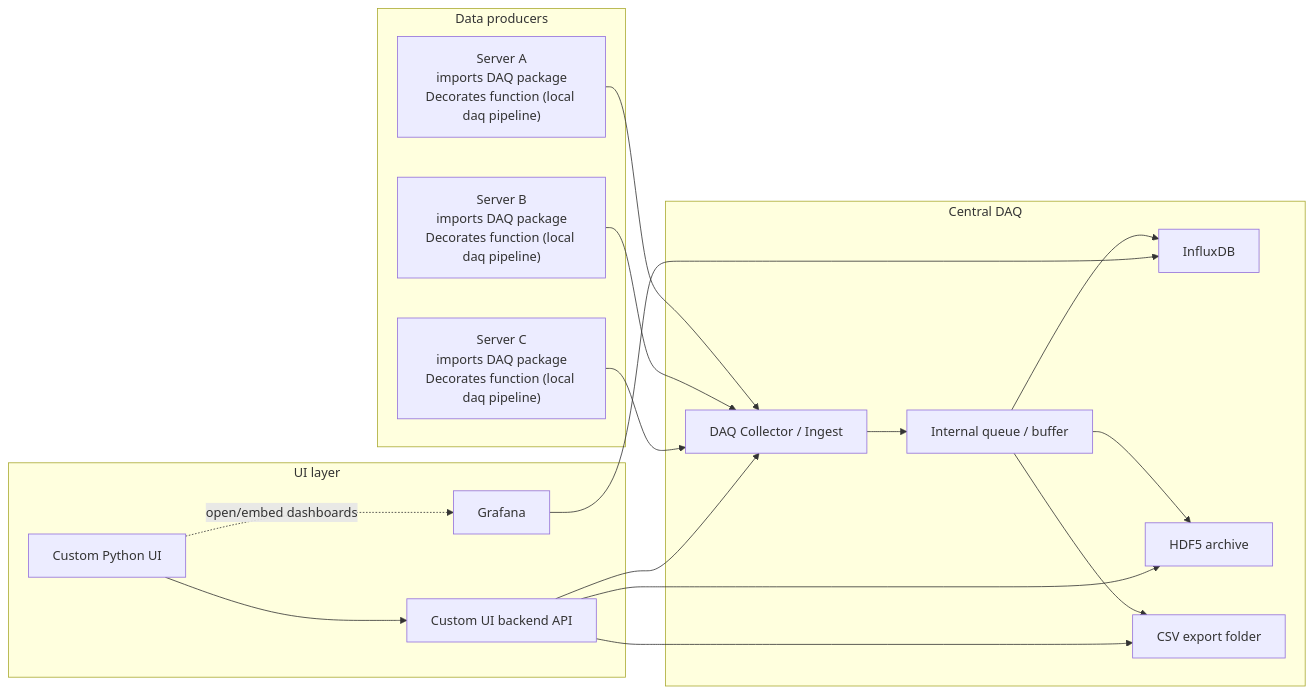
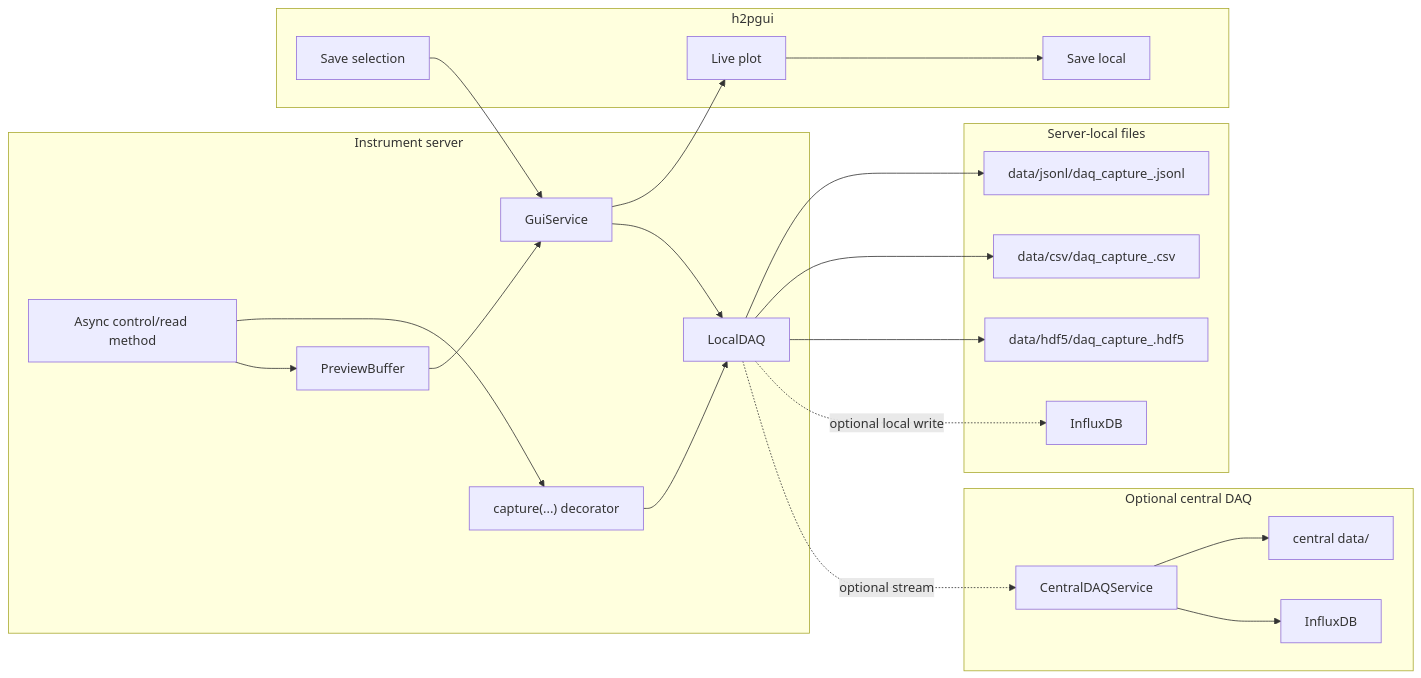
The diagram in README.md (iic201/h2pcontrol-daq), drawn with Mermaid before and after one commit. The commit also changed other lines of this file and 25 other files, not shown here.

````diff
--- a/README.md
+++ b/README.md
@@ -29,39 +231,42 @@
 ```mermaid
 flowchart LR
-    subgraph Producers["Data producers"]
-        S1["Server A<br/>imports DAQ package<br/>Decorates function (local daq pipeline)"]
-        S2["Server B<br/>imports DAQ package<br/>Decorates function (local daq pipeline)"]
-        S3["Server C<br/>imports DAQ package<br/>Decorates function (local daq pipeline)"]
+    subgraph Server["Instrument server"]
+        Method["Async control/read method"]
+        Capture["capture(...) decorator"]
+        Preview["PreviewBuffer"]
+        GuiSvc["GuiService"]
+        Local["LocalDAQ"]
     end
 
-    subgraph Core["Central DAQ"]
-        COL["DAQ Collector / Ingest"]
-        Q["Internal queue / buffer"]
-        IFX["InfluxDB"]
-        H5["HDF5 archive"]
-        CSV["CSV export folder"]
+    subgraph LocalFiles["Server-local files"]
+        JSONL["data/jsonl/daq_capture_<run_id>.jsonl"]
+        CSV["data/csv/daq_capture_<run_id>.csv"]
+        HDF5["data/hdf5/daq_capture_<run_id>.hdf5"]
+        LocalInflux["InfluxDB"]
     end
 
-    subgraph App["UI layer"]
-        API["Custom UI backend API"]
-        UI["Custom Python UI"]
-        G["Grafana"]
+    subgraph GUI["h2pgui"]
+        Plot["Live plot"]
+        LocalExport["Save local"]
+        RemoteSave["Save selection"]
     end
 
-    S1 --> COL
-    S2 --> COL
-    S3 --> COL
+    subgraph Central["Optional central DAQ"]
+        CentralSvc["CentralDAQService"]
+        CentralFiles["central data/"]
+        Influx["InfluxDB"]
+    end
 
-    COL --> Q
-    Q --> IFX
-    Q --> H5
-    Q --> CSV
-
-    API --> H5
-    API --> CSV
-    API --> COL
-
-    UI --> API
-    G --> IFX
-    UI -.->|"open/embed dashboards"| G
+    Method --> Capture --> Local
+    Method --> Preview --> GuiSvc
+    GuiSvc --> Plot
+    Plot --> LocalExport
+    RemoteSave --> GuiSvc --> Local
+    Local --> JSONL
+    Local --> CSV
+    Local --> HDF5
+    Local -. optional local write .-> LocalInflux
+    Local -. optional stream .-> CentralSvc
+    CentralSvc --> CentralFiles
+    CentralSvc --> Influx
 ```
````
